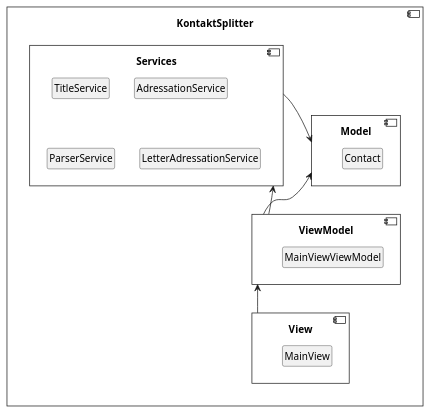
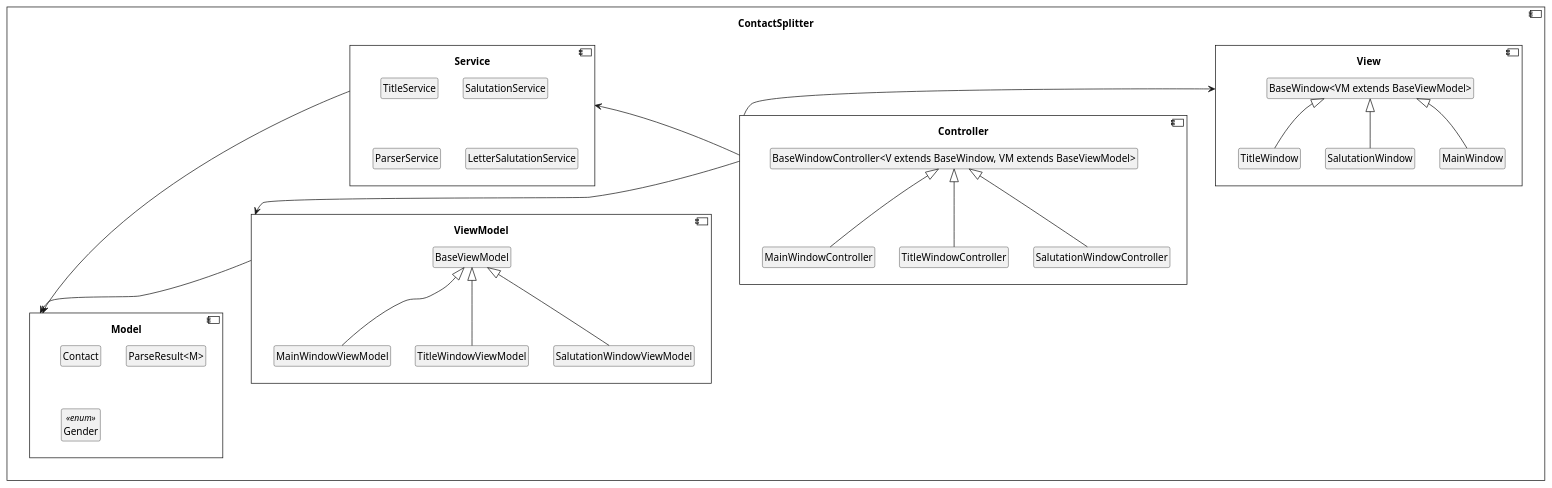
One commit to etienneZink/Baka.SoftwareQuality changed the diagram in doc/Architektur_Grob.pu. Above: the diagram before and after it, drawn with PlantUML. The commit also changed 10 other files, not shown here.

```diff
--- a/doc/Architektur_Grob.pu
+++ b/doc/Architektur_Grob.pu
@@ -1,37 +1,69 @@
 @startuml Architektur_Grob
 skinparam Style strictuml
 skinparam genericDisplay old
 skinparam classAttributeIconSize 0
 skinparam monochrome true
 
-component KontaktSplitter{
+component ContactSplitter{
 
-    component View{
-        class MainView
+    component View {
+        class BaseWindow<VM extends BaseViewModel>
+        class MainWindow
+        class TitleWindow
+        class SalutationWindow
     }
 
-    component ViewModel{
-        class MainViewViewModel
+    component ViewModel {
+        class BaseViewModel
+        class MainWindowViewModel
+        class TitleWindowViewModel
+        class SalutationWindowViewModel
+    }
+
+    component Controller {
+        class BaseWindowController<V extends BaseWindow, VM extends BaseViewModel>
+        class MainWindowController
+        class TitleWindowController
+        class SalutationWindowController
     }
 
     component Model{
         class Contact
+        class ParseResult<M>
+        enum Gender<<enum>>
     }
 
-    component Services{
+    component Service {
         class TitleService
-        class AdressationService
+        class SalutationService
         class ParserService
-        class LetterAdressationService
+        class LetterSalutationService
     }
 }
 
 hide methods
 hide fields
 
-Model <-- ViewModel
-Services <-- ViewModel
-ViewModel <-- View
-Services --> Model
+'view
+BaseWindow <|-- MainWindow
+BaseWindow <|-- TitleWindow
+BaseWindow <|-- SalutationWindow
+
+'viewModel
+BaseViewModel <|-- MainWindowViewModel
+BaseViewModel <|-- TitleWindowViewModel
+BaseViewModel <|-- SalutationWindowViewModel
+
+'controller
+BaseWindowController <|-- MainWindowController
+BaseWindowController <|-- TitleWindowController
+BaseWindowController <|-- SalutationWindowController
+
+'associations
+View <-- Controller
+Service <-- Controller
+Controller --> ViewModel
+Service --> Model
+ViewModel --> Model
 
 @enduml
```
